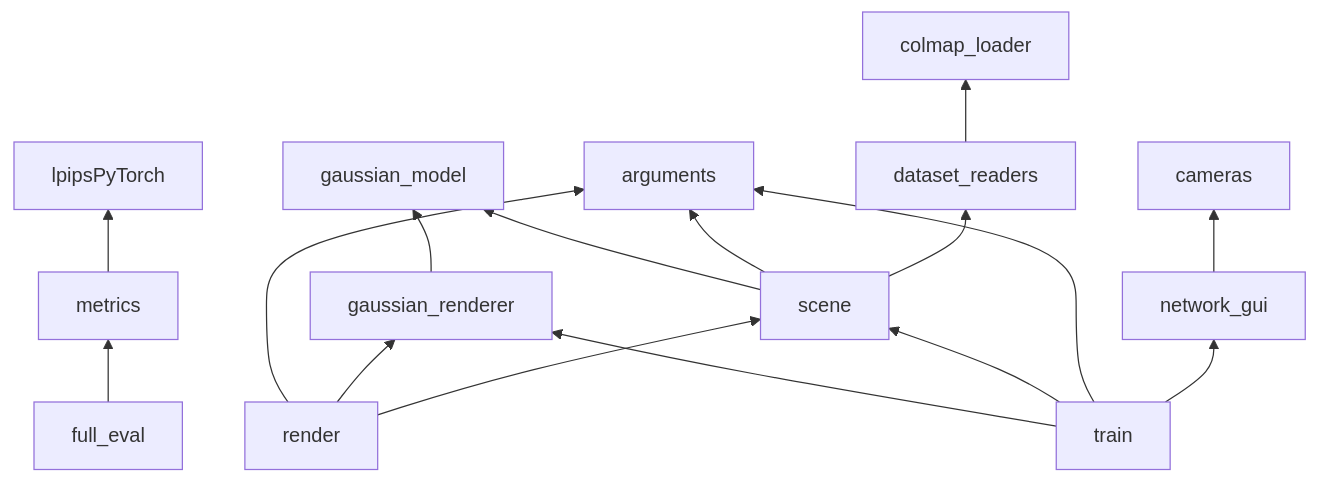
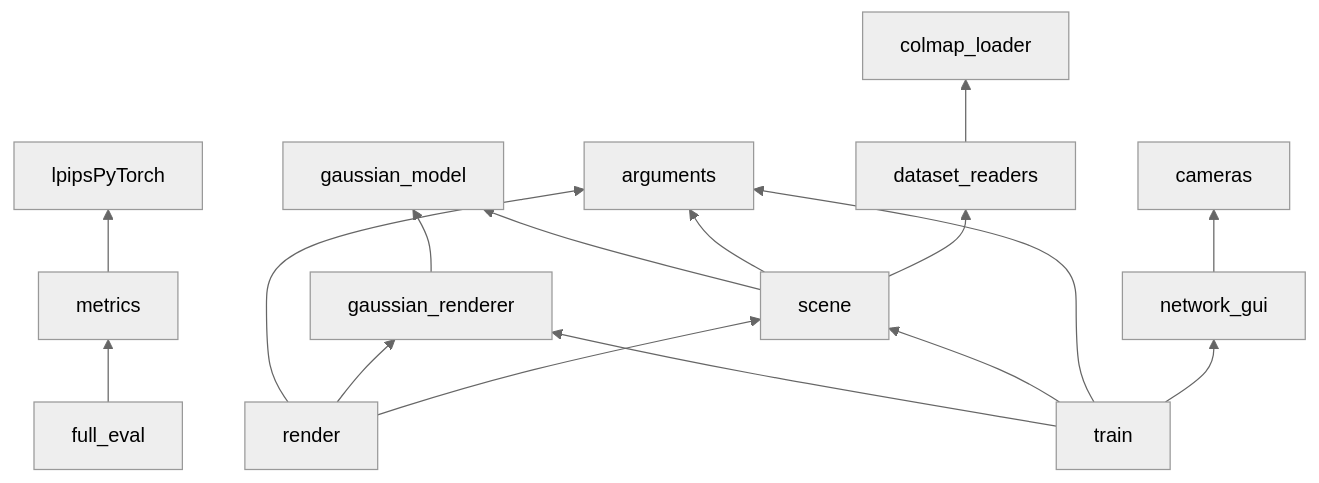
One commit to AsherJingkongChen/3DGS changed the diagram in docs/dependency/original-reference.orig.md. Above: the diagram before and after it, drawn with Mermaid. The commit also changed 1 other file, not shown here.

Commit message:
(adjust): Diagram theme

````diff
--- a/docs/dependency/original-reference.orig.md
+++ b/docs/dependency/original-reference.orig.md
@@ -6,18 +6,19 @@
 ```mermaid
+%%{init: { 'theme': 'neutral' }}%%
 flowchart BT
   gaussian_renderer --> gaussian_model
   metrics --> lpipsPyTorch
   full_eval --> metrics
   dataset_readers --> colmap_loader
   render --> arguments
   render --> gaussian_renderer
   render --> scene
   train --> gaussian_renderer
   train --> scene
   train --> arguments
   train --> network_gui
   network_gui --> cameras
   scene --> gaussian_model
   scene --> arguments
   scene --> dataset_readers
 ```
````
